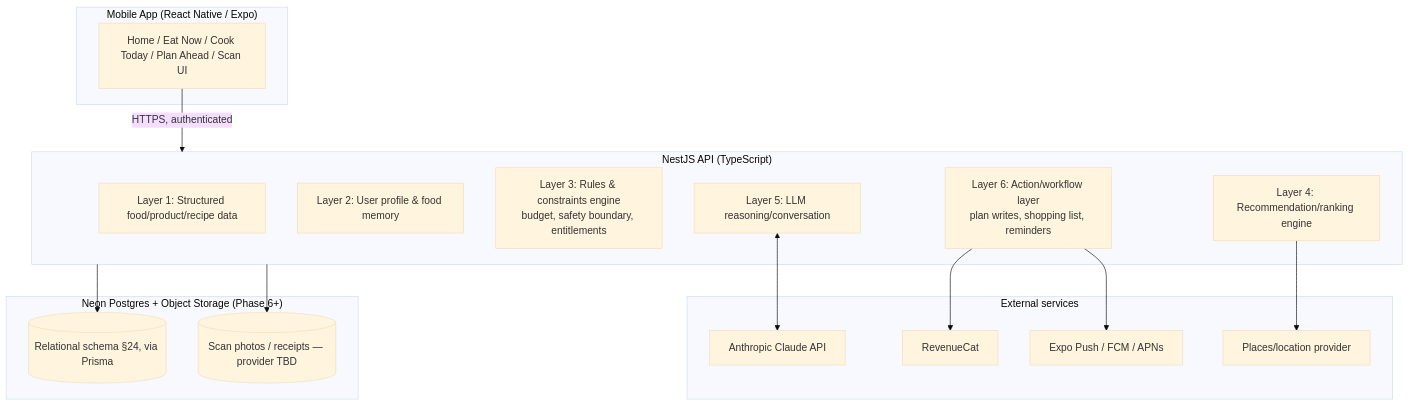
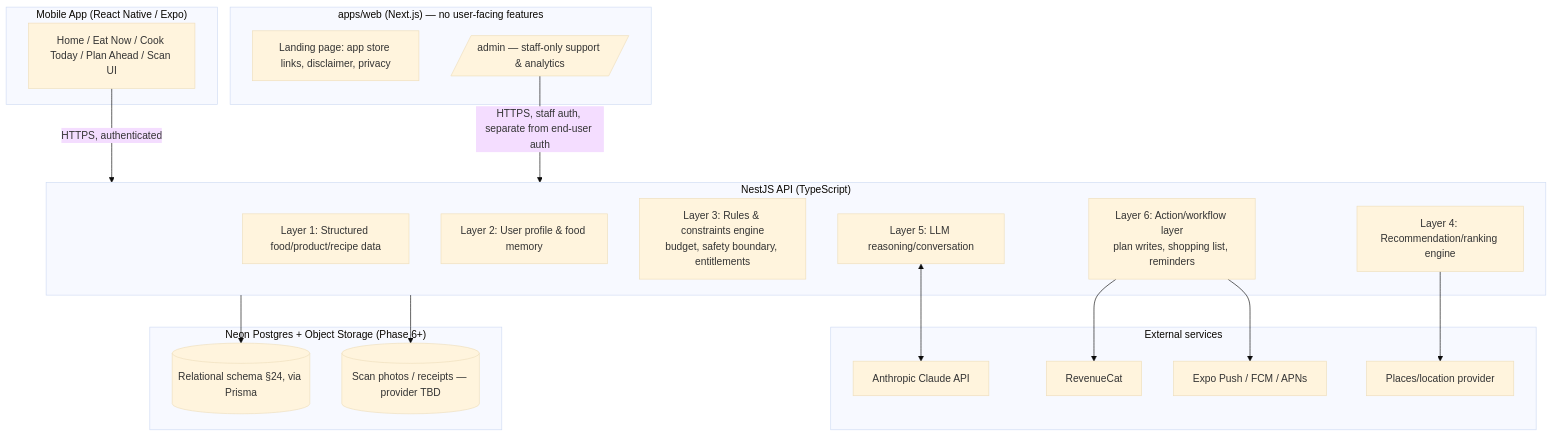
One commit to tbrockstars-ui/foodpadi changed the second of 2 diagrams in docs/TECHNICAL_ARCHITECTURE.md. Above: the diagram before and after it, drawn with Mermaid (base theme). The commit also changed other lines of this file and 25 other files, not shown here.

First line of the commit message:
Add apps/web: landing page + staff-only admin support page

````diff
--- a/docs/TECHNICAL_ARCHITECTURE.md
+++ b/docs/TECHNICAL_ARCHITECTURE.md
@@ -77,35 +92,41 @@
 ```mermaid
 graph TD
     subgraph Client["Mobile App (React Native / Expo)"]
         UI[Home / Eat Now / Cook Today / Plan Ahead / Scan UI]
+    end
+
+    subgraph Web["apps/web (Next.js) — no user-facing features"]
+        Landing[Landing page: app store links, disclaimer, privacy]
+        Admin[/admin — staff-only support & analytics/]
     end
 
     subgraph Backend["NestJS API (TypeScript)"]
         L1[Layer 1: Structured food/product/recipe data]
         L2[Layer 2: User profile & food memory]
         L3[Layer 3: Rules & constraints engine\nbudget, safety boundary, entitlements]
         L4[Layer 4: Recommendation/ranking engine]
         L5[Layer 5: LLM reasoning/conversation]
         L6[Layer 6: Action/workflow layer\nplan writes, shopping list, reminders]
     end
 
     subgraph External["External services"]
         Claude[Anthropic Claude API]
         RevCat[RevenueCat]
         Push[Expo Push / FCM / APNs]
         Maps[Places/location provider]
     end
 
     subgraph Data["Neon Postgres + Object Storage (Phase 6+)"]
         DB[(Relational schema §24, via Prisma)]
         Obj[(Scan photos / receipts — provider TBD)]
     end
 
     UI -->|HTTPS, authenticated| Backend
+    Admin -->|HTTPS, staff auth, separate from end-user auth| Backend
     L5 <--> Claude
     L6 --> Push
     L6 --> RevCat
     L4 --> Maps
     Backend --> DB
     Backend --> Obj
 ```
````
